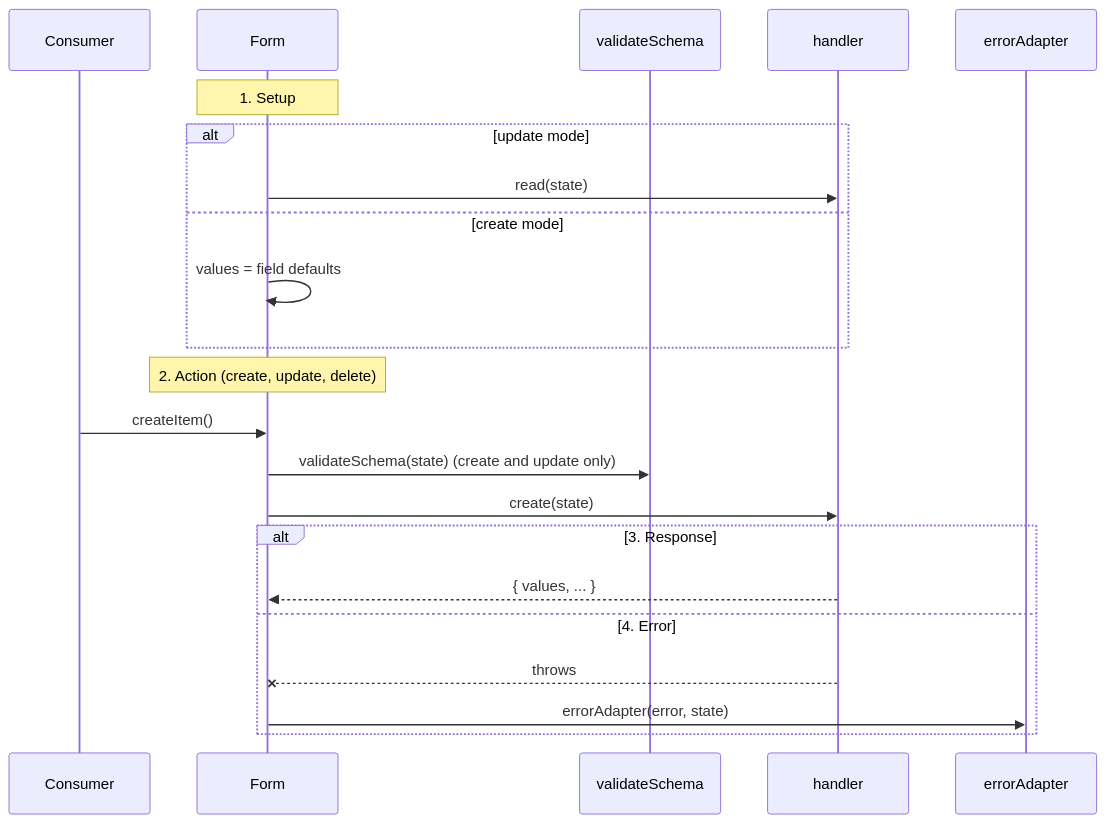
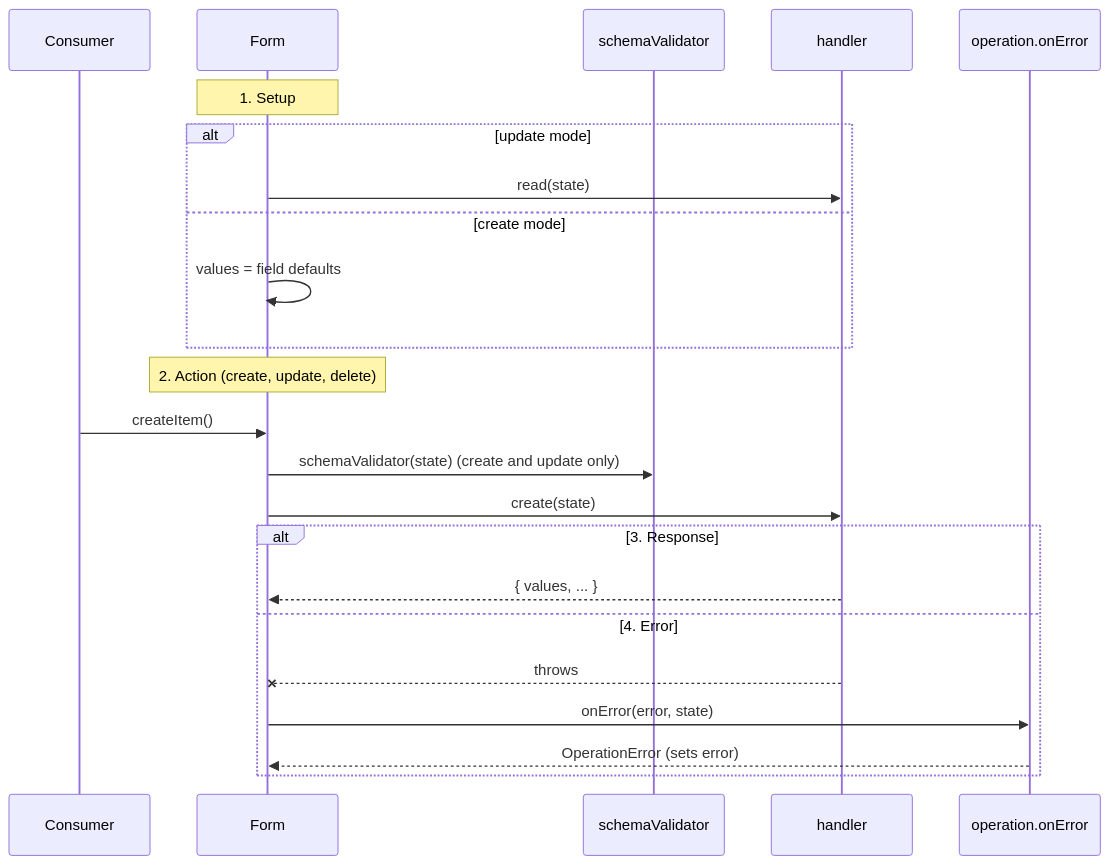
Before and after one commit to shilpdev/form: the diagram in LIFECYCLE.md, drawn with Mermaid. The commit also changed other lines of this file and 21 other files, not shown here.

````diff
--- a/LIFECYCLE.md
+++ b/LIFECYCLE.md
@@ -7,25 +7,26 @@
 ```mermaid
 sequenceDiagram
   participant App as Consumer
   participant Form
-  participant V as validateSchema
+  participant V as schemaValidator
   participant H as handler
-  participant EA as errorAdapter
+  participant OE as operation.onError
 
   Note over Form: 1. Setup
   alt update mode
     Form->>H: read(state)
   else create mode
     Form->>Form: values = field defaults
   end
   Note over Form: 2. Action (create, update, delete)
   App->>Form: createItem()
-  Form->>V: validateSchema(state) (create and update only)
+  Form->>V: schemaValidator(state) (create and update only)
   Form->>H: create(state)
   alt 3. Response
     H-->>Form: { values, ... }
   else 4. Error
     H--xForm: throws
-    Form->>EA: errorAdapter(error, state)
+    Form->>OE: onError(error, state)
+    OE-->>Form: OperationError (sets error)
   end
 ```
````
